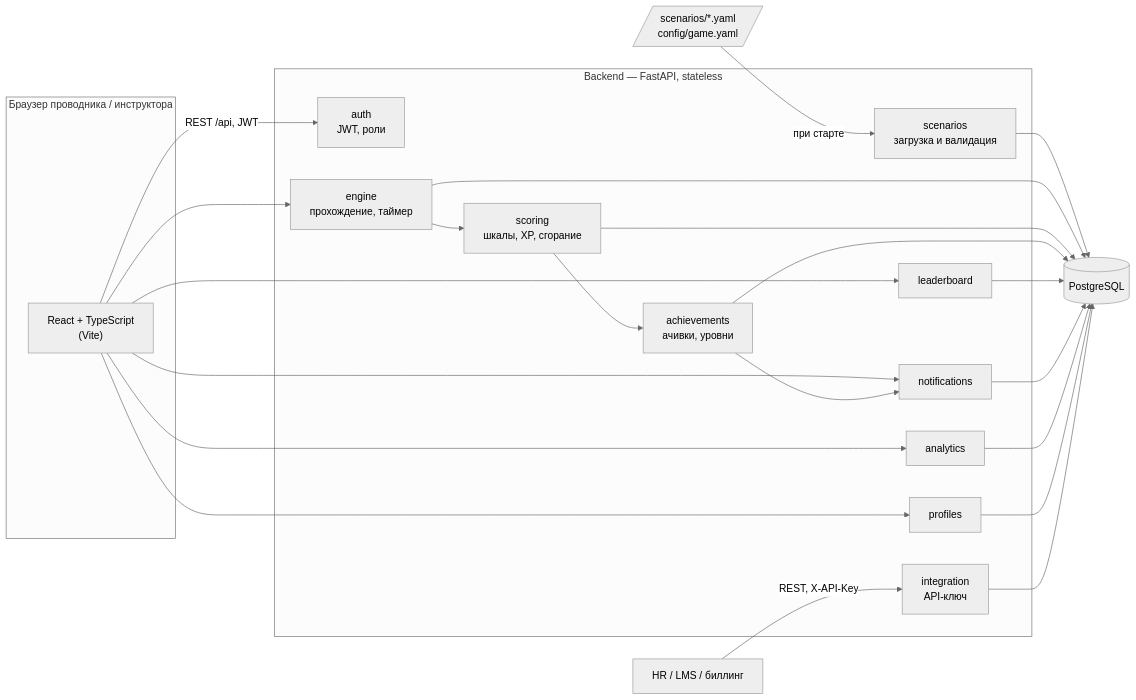
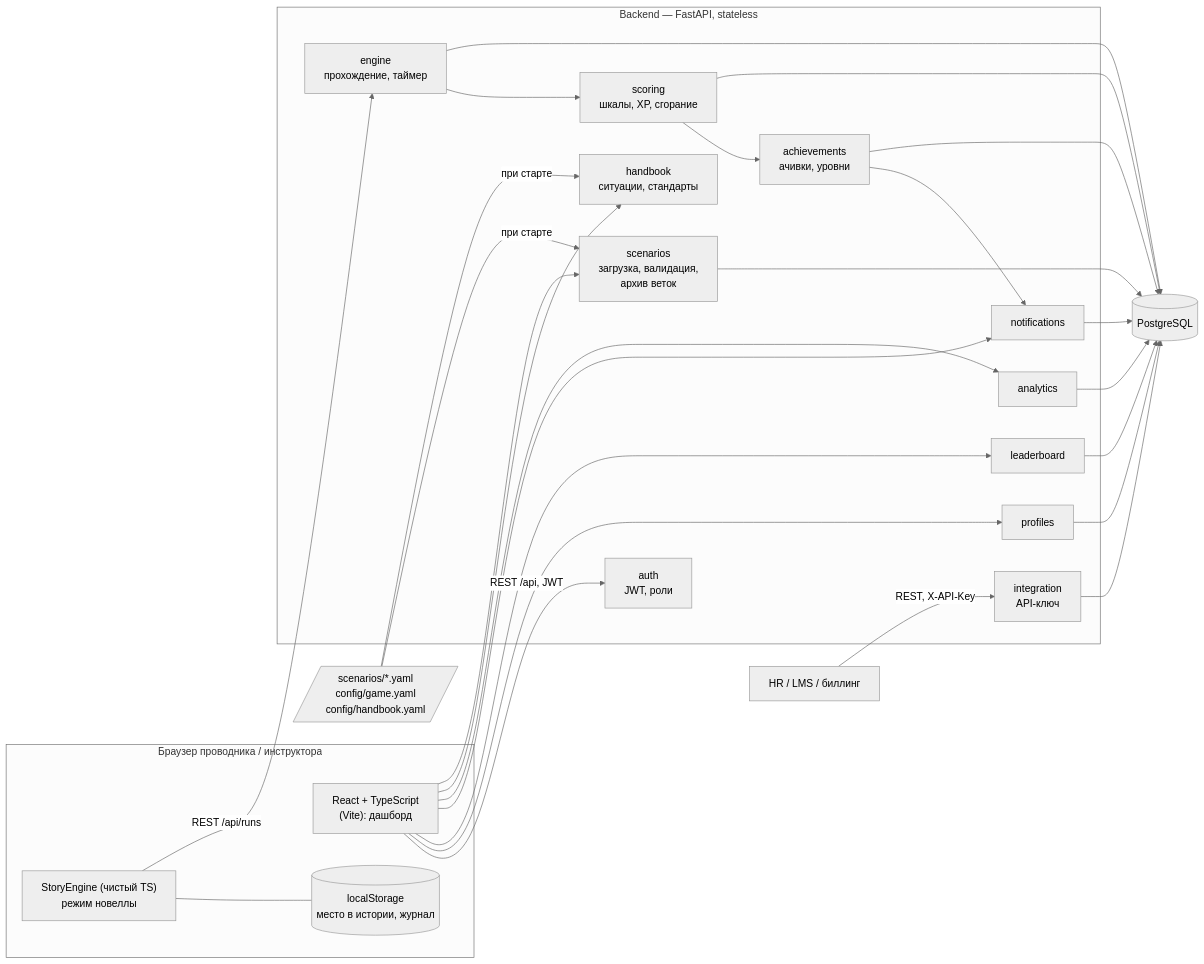
Before and after one commit to kelw1n25/vsm-trainer: the first of 3 diagrams in docs/architecture.md, drawn with Mermaid (neutral theme). The commit also changed other lines of this file and 6 other files, not shown here.

Commit message:
Документация: формат новеллы, 14 сценариев по ситуациям, reveal и архив веток в API, путь проводника

````diff
--- a/docs/architecture.md
+++ b/docs/architecture.md
@@ -5,31 +5,36 @@
 ```mermaid
 flowchart LR
     subgraph Client["Браузер проводника / инструктора"]
-        UI["React + TypeScript<br/>(Vite)"]
+        UI["React + TypeScript<br/>(Vite): дашборд"]
+        STORY["StoryEngine (чистый TS)<br/>режим новеллы"]
+        LS[("localStorage<br/>место в истории, журнал")]
+        STORY --- LS
     end
 
     subgraph Backend["Backend — FastAPI, stateless"]
         AUTH["auth<br/>JWT, роли"]
-        SCN["scenarios<br/>загрузка и валидация"]
+        SCN["scenarios<br/>загрузка, валидация,<br/>архив веток"]
+        HB["handbook<br/>ситуации, стандарты"]
         ENG["engine<br/>прохождение, таймер"]
         SCO["scoring<br/>шкалы, XP, сгорание"]
         ACH["achievements<br/>ачивки, уровни"]
         LB["leaderboard"]
         NOT["notifications"]
         AN["analytics"]
         PR["profiles"]
         INT["integration<br/>API-ключ"]
     end
 
     DB[("PostgreSQL")]
-    FILES[/"scenarios/*.yaml<br/>config/game.yaml"/]
+    FILES[/"scenarios/*.yaml<br/>config/game.yaml<br/>config/handbook.yaml"/]
     EXT["HR / LMS / биллинг"]
 
     UI -- "REST /api, JWT" --> AUTH
-    UI --> ENG & PR & LB & NOT & AN
+    UI --> PR & LB & NOT & AN & HB & SCN
+    STORY -- "REST /api/runs" --> ENG
     ENG --> SCO --> ACH --> NOT
-    FILES -- "при старте" --> SCN
+    FILES -- "при старте" --> SCN & HB
     SCN --> DB
     ENG & SCO & ACH & LB & NOT & AN & PR & INT --> DB
     EXT -- "REST, X-API-Key" --> INT
 ```
````
